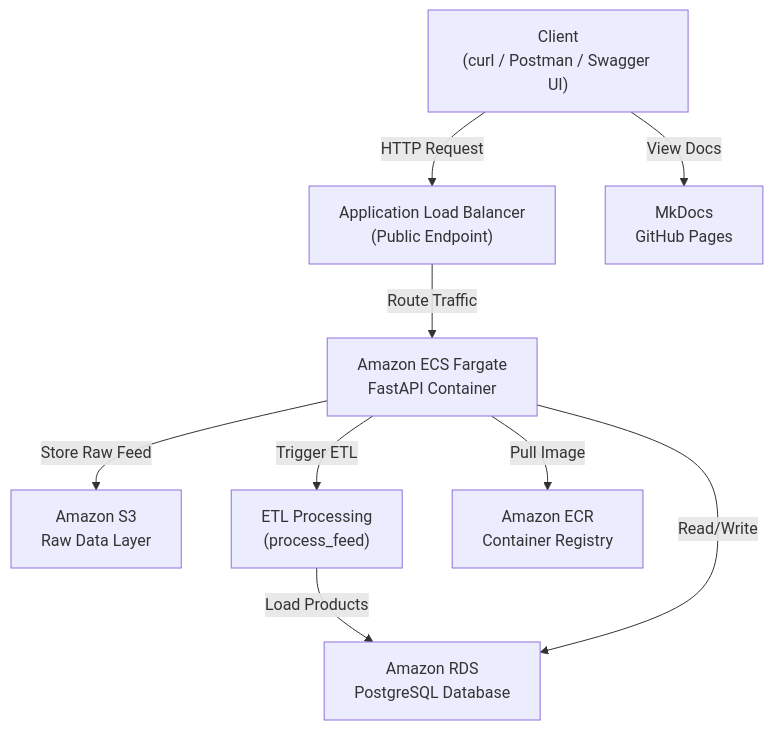
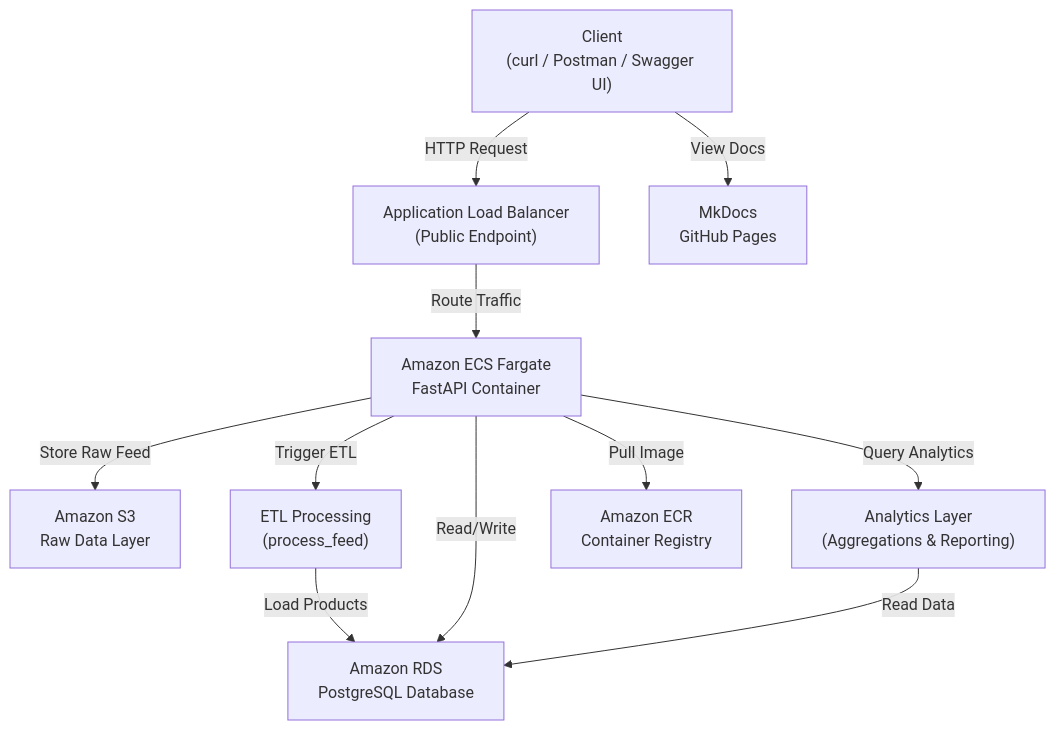
Before and after one commit to rayajose/writing-portfolio: the first of 5 diagrams in docs/api/architecture.md, drawn with Mermaid. The commit also changed other lines of this file, not shown here.

````diff
--- a/docs/api/architecture.md
+++ b/docs/api/architecture.md
@@ -26,32 +27,37 @@
 ```mermaid
 flowchart TD
 
     Client["Client<br>(curl / Postman / Swagger UI)"]
 
     ALB["Application Load Balancer<br>(Public Endpoint)"]
 
     ECS["Amazon ECS Fargate<br>FastAPI Container"]
 
     S3["Amazon S3<br>Raw Data Layer"]
 
     ETL["ETL Processing<br>(process_feed)"]
 
     DB["Amazon RDS<br>PostgreSQL Database"]
 
+    Analytics["Analytics Layer<br>(Aggregations & Reporting)"]
+
     ECR["Amazon ECR<br>Container Registry"]
 
     Docs["MkDocs<br>GitHub Pages"]
 
     Client -->|HTTP Request| ALB
     ALB -->|Route Traffic| ECS
 
     ECS -->|Store Raw Feed| S3
     ECS -->|Trigger ETL| ETL
 
     ETL -->|Load Products| DB
 
     ECS -->|Read/Write| DB
+    ECS -->|Query Analytics| Analytics
+    Analytics -->|Read Data| DB
+
     ECS -->|Pull Image| ECR
 
     Client -->|View Docs| Docs
 ```
````
